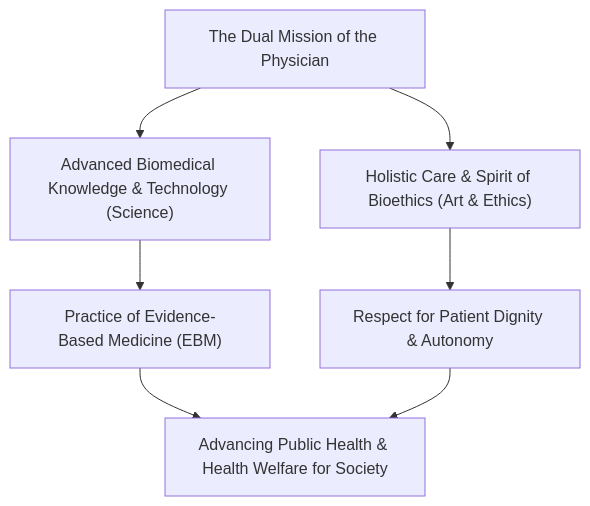
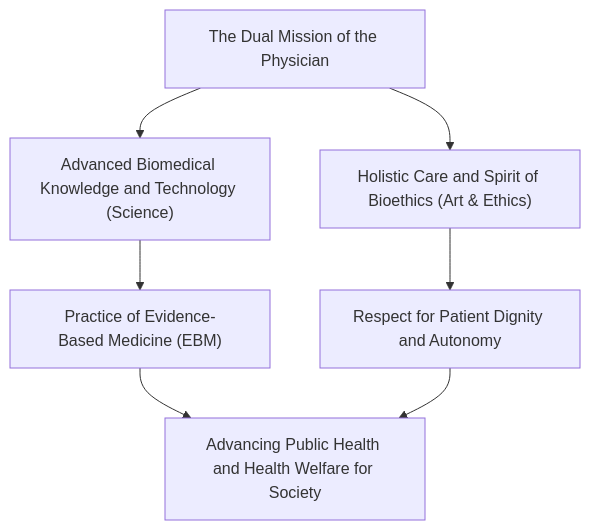
Before and after one commit to kenjinote/blog: the first of 7 diagrams in content/post/medical-doctor-education-qualifications-specialties/index.en.md, drawn with Mermaid. The commit also changed other lines of this file and 12 other files, not shown here.

Commit message:
fix(medical-doctor): resolve mermaid syntax error in subgraph and fix unrendered bold asterisks

````diff
--- a/content/post/medical-doctor-education-qualifications-specialties/index.en.md
+++ b/content/post/medical-doctor-education-qualifications-specialties/index.en.md
@@ -21,9 +21,9 @@
 ```mermaid
 flowchart TD
-    A["The Dual Mission of the Physician"] --> B["Advanced Biomedical Knowledge & Technology (Science)"]
-    A --> C["Holistic Care & Spirit of Bioethics (Art & Ethics)"]
+    A["The Dual Mission of the Physician"] --> B["Advanced Biomedical Knowledge and Technology (Science)"]
+    A --> C["Holistic Care and Spirit of Bioethics (Art & Ethics)"]
     B --> D["Practice of Evidence-Based Medicine (EBM)"]
-    C --> E["Respect for Patient Dignity & Autonomy"]
-    D --> F["Advancing Public Health & Health Welfare for Society"]
+    C --> E["Respect for Patient Dignity and Autonomy"]
+    D --> F["Advancing Public Health and Health Welfare for Society"]
     E --> F
 ```
````
